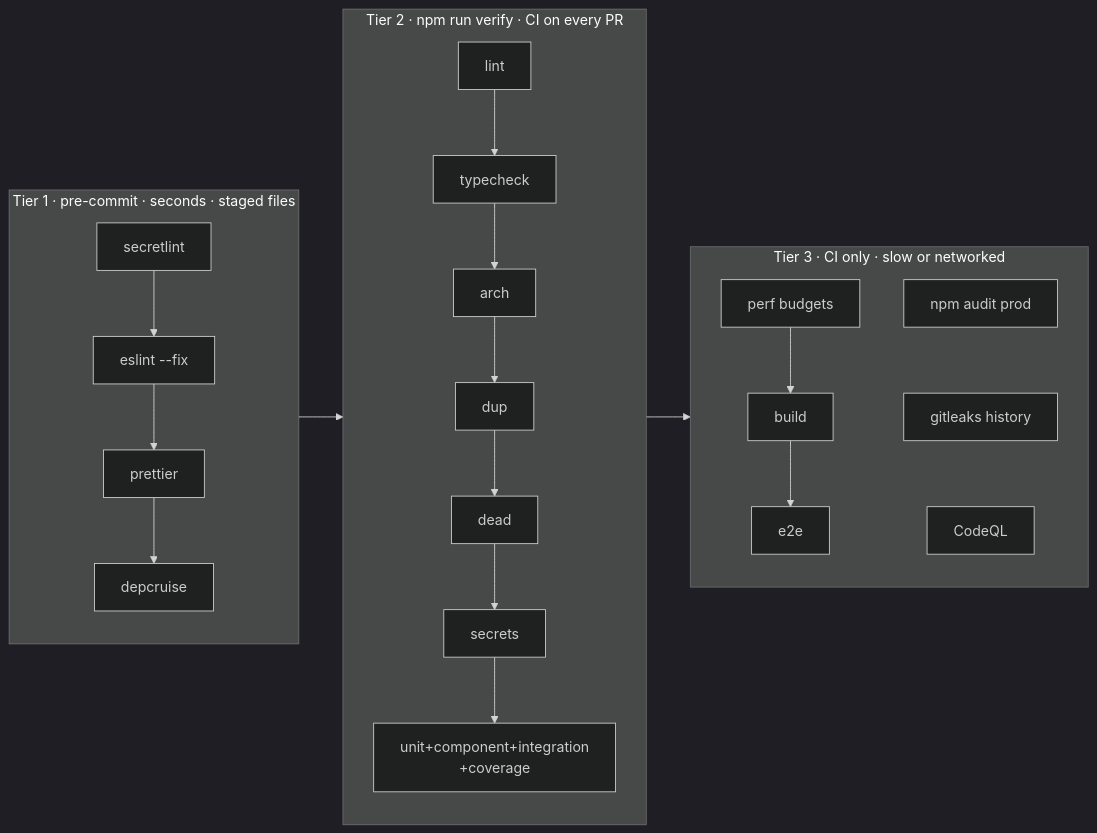
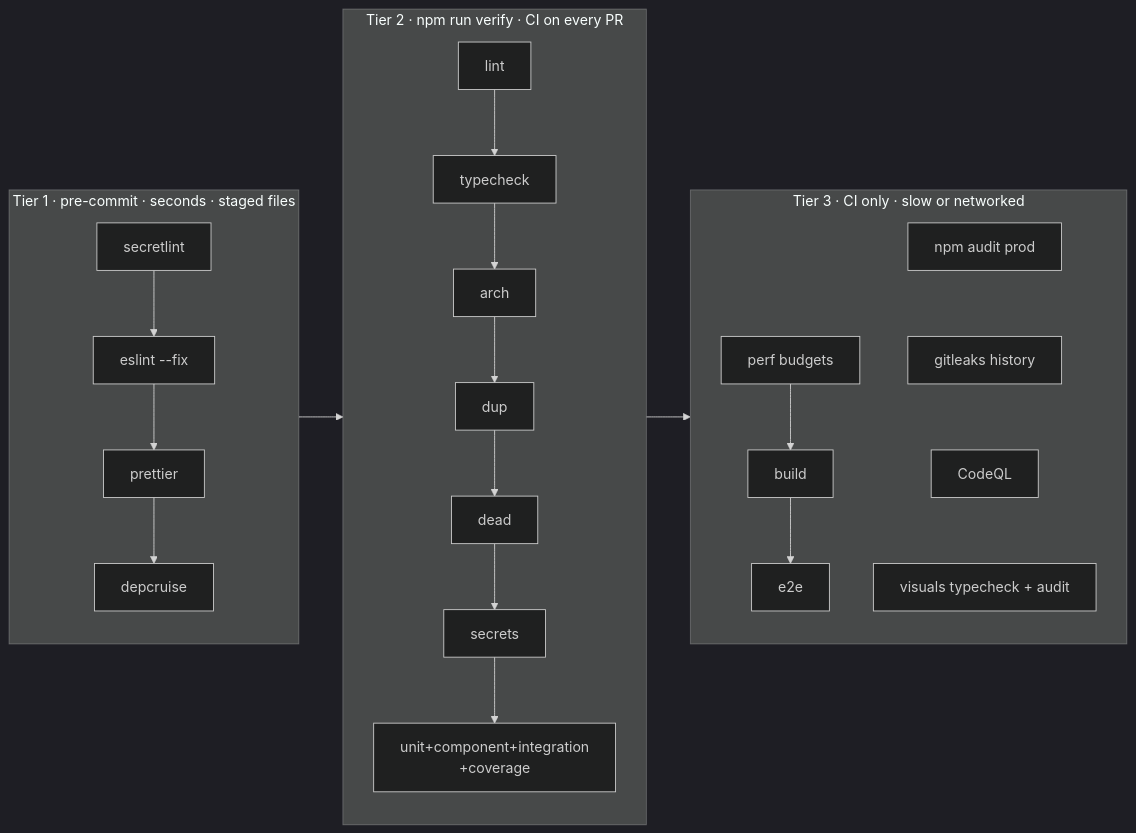
The first of 2 diagrams in docs/solution-plan/quality-harness.md (Oweeboi011/Cosmic-Visualizer), drawn with Mermaid (dark theme) before and after one commit. The commit also changed other lines of this file and 21 other files, not shown here.

````diff
--- a/docs/solution-plan/quality-harness.md
+++ b/docs/solution-plan/quality-harness.md
@@ -8,14 +8,14 @@
 ```mermaid
 flowchart LR
   subgraph T1["Tier 1 · pre-commit · seconds · staged files"]
     s1[secretlint] --> l1[eslint --fix] --> p1[prettier] --> a1[depcruise]
   end
   subgraph T2["Tier 2 · npm run verify · CI on every PR"]
     lint --> tc[typecheck] --> arch --> dup --> dead --> sec[secrets] --> tests[unit+component+integration<br/>+coverage]
   end
   subgraph T3["Tier 3 · CI only · slow or networked"]
     perf[perf budgets] --> build --> e2e
-    audit[npm audit prod] ~~~ gl[gitleaks history] ~~~ cq[CodeQL]
+    audit[npm audit prod] ~~~ gl[gitleaks history] ~~~ cq[CodeQL] ~~~ vis[visuals typecheck + audit]
   end
   T1 --> T2 --> T3
 ```
````
